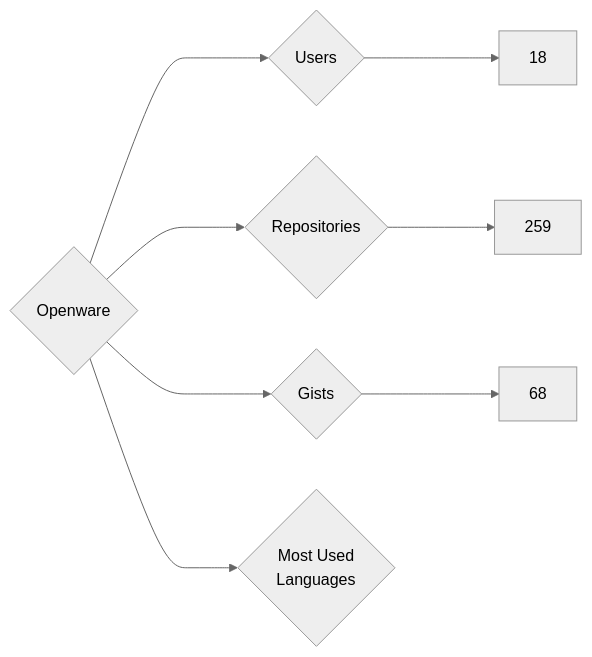
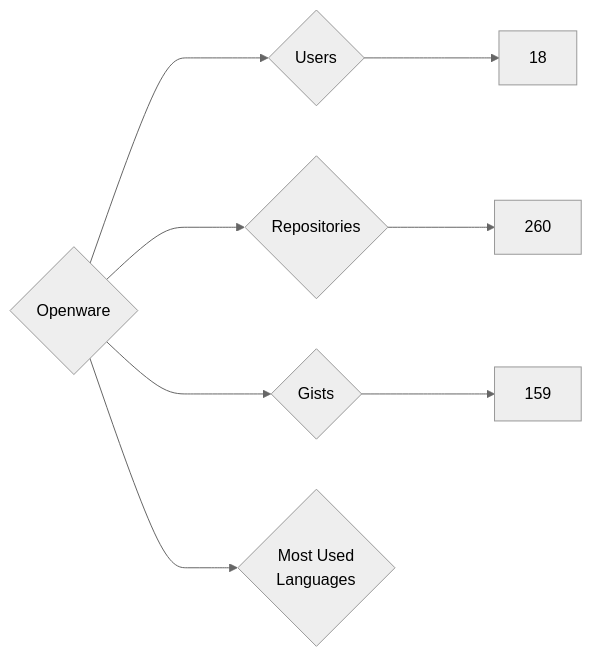
Before and after one commit to nenadzaric/insiders: the diagram in targets/Openware/README.md, drawn with Mermaid (neutral theme). The commit also changed 1342 other files, not shown here.

````diff
--- a/targets/Openware/README.md
+++ b/targets/Openware/README.md
@@ -3,8 +3,8 @@
 ```mermaid
 graph LR
 COMPANY_NAME{Openware}
 COMPANY_NAME ---> U{Users} ---> UN[18]
-COMPANY_NAME ---> R{Repositories} ---> RN[259]
-COMPANY_NAME ---> G{Gists} ---> GN[68]
+COMPANY_NAME ---> R{Repositories} ---> RN[260]
+COMPANY_NAME ---> G{Gists} ---> GN[159]
 COMPANY_NAME ---> ML{Most Used<br>Languages}
 ```
````
